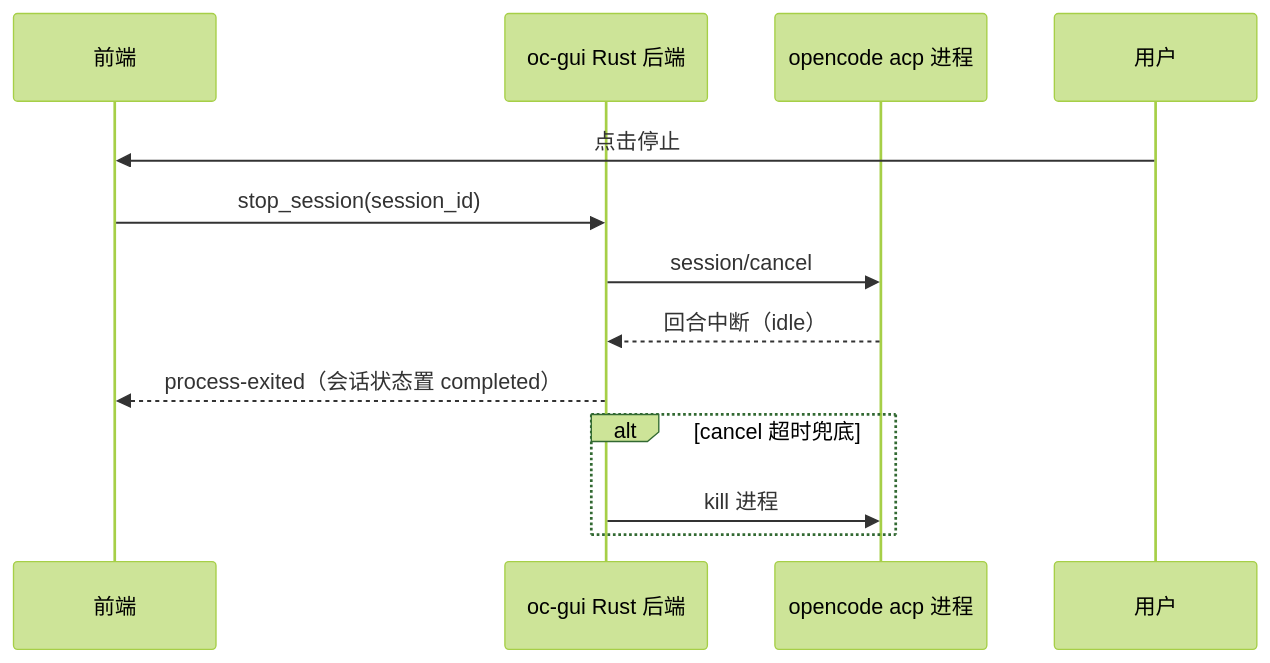
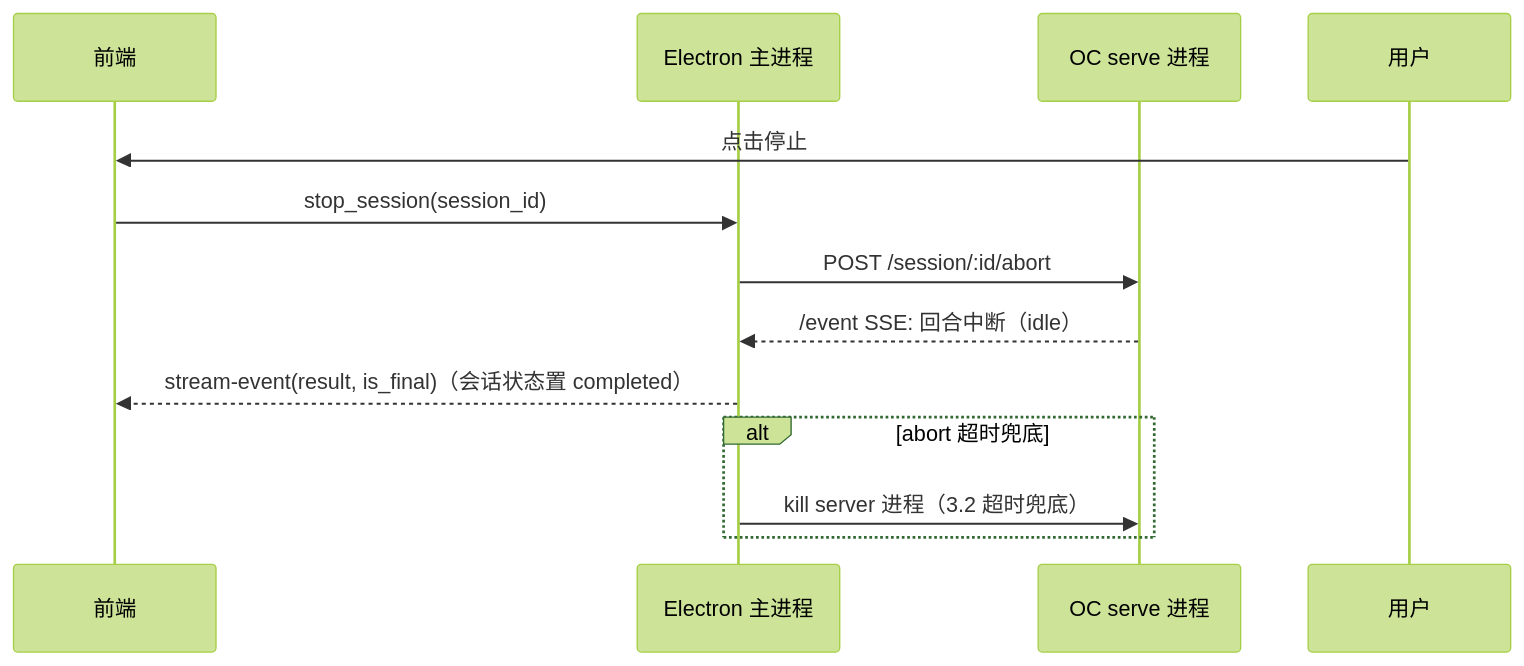
The seventh of 7 diagrams in docs/设计/分形-设计方案.md (Max-Null/fractal), drawn with Mermaid (forest theme) before and after one commit. The commit also changed other lines of this file, not shown here.

````diff
--- a/docs/设计/分形-设计方案.md
+++ b/docs/设计/分形-设计方案.md
@@ -730,15 +763,15 @@
 ```mermaid
 sequenceDiagram
     participant 前端
-    participant Rust as oc-gui Rust 后端
-    participant ACP as opencode acp 进程
+    participant Main as Electron 主进程
+    participant OC as OC serve 进程
 
     用户->>前端: 点击停止
-    前端->>Rust: stop_session(session_id)
-    Rust->>ACP: session/cancel
-    ACP-->>Rust: 回合中断（idle）
-    Rust-->>前端: process-exited（会话状态置 completed）
-    alt cancel 超时兜底
-        Rust->>ACP: kill 进程
+    前端->>Main: stop_session(session_id)
+    Main->>OC: POST /session/:id/abort
+    OC-->>Main: /event SSE: 回合中断（idle）
+    Main-->>前端: stream-event(result, is_final)（会话状态置 completed）
+    alt abort 超时兜底
+        Main->>OC: kill server 进程（3.2 超时兜底）
     end
 ```
````
